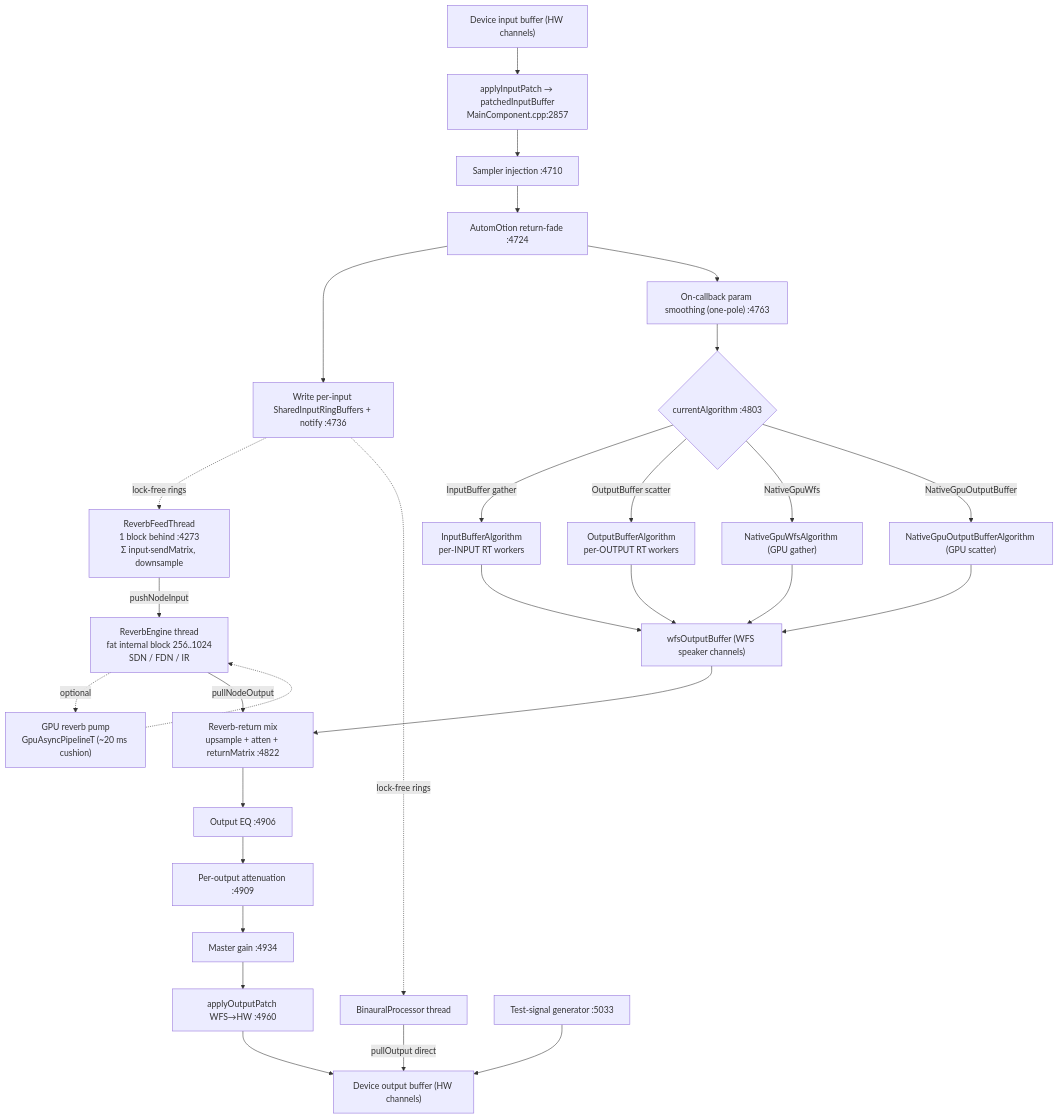
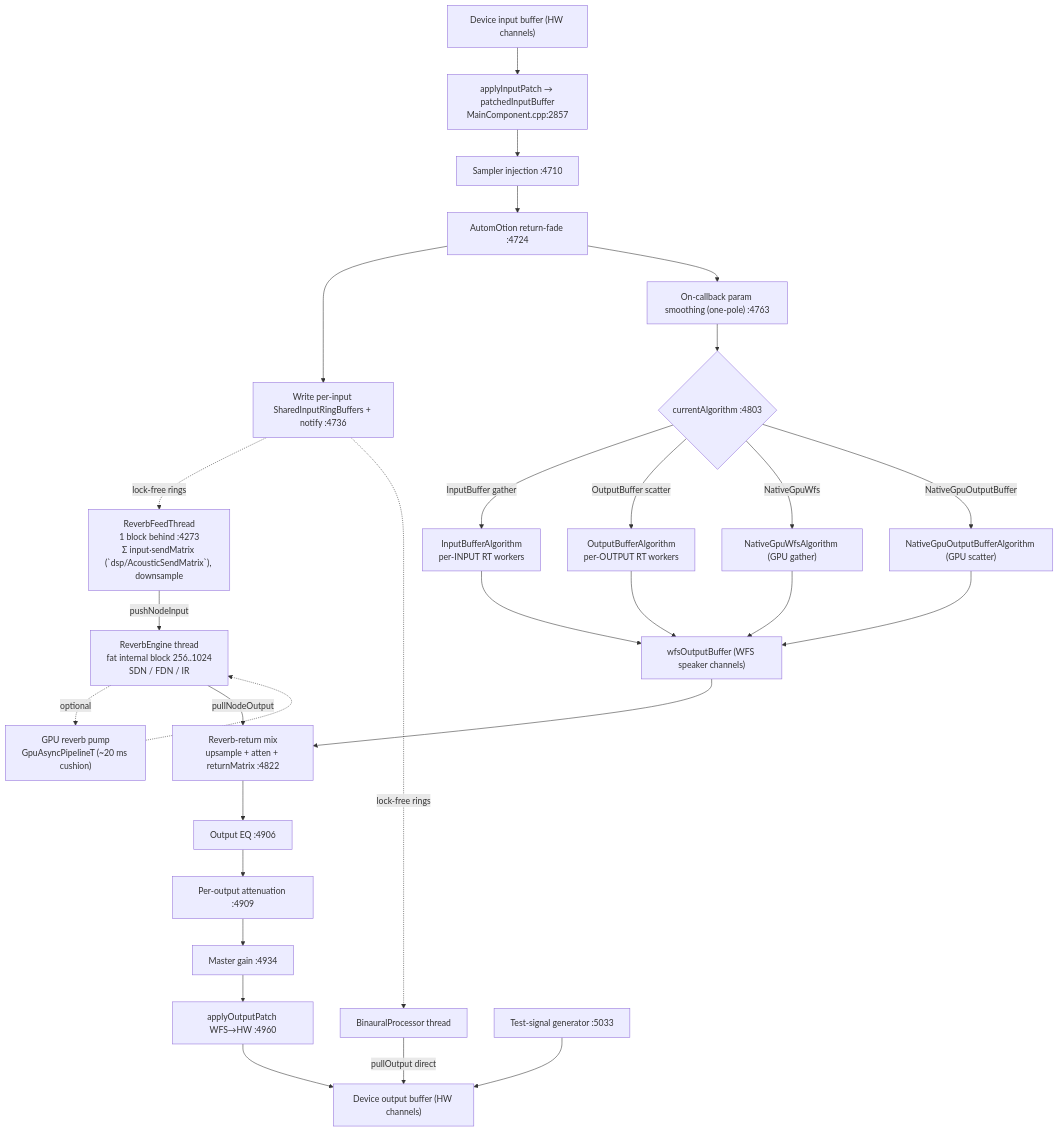
One commit to pob31/spatcore changed the diagram in docs/audio-engine-map.md. Above: the diagram before and after it, drawn with Mermaid. The commit also changed other lines of this file and 6 other files, not shown here.

First line of the commit message:
refactor(dsp): promote the reverb send matrix to dsp/AcousticSendMatrix

````diff
--- a/docs/audio-engine-map.md
+++ b/docs/audio-engine-map.md
@@ -170,37 +170,37 @@
 ```mermaid
 flowchart TD
     HWIN["Device input buffer (HW channels)"] --> PATCH_IN["applyInputPatch → patchedInputBuffer<br/>MainComponent.cpp:2857"]
     PATCH_IN --> SAMP["Sampler injection :4710"]
     SAMP --> AUTO["AutomOtion return-fade :4724"]
     AUTO --> SHW["Write per-input SharedInputRingBuffers + notify :4736"]
     AUTO --> SMOOTH["On-callback param smoothing (one-pole) :4763"]
 
     SMOOTH --> ALG{"currentAlgorithm :4803"}
     ALG -->|InputBuffer gather| IBA["InputBufferAlgorithm<br/>per-INPUT RT workers"]
     ALG -->|OutputBuffer scatter| OBA["OutputBufferAlgorithm<br/>per-OUTPUT RT workers"]
     ALG -->|NativeGpuWfs| GWF["NativeGpuWfsAlgorithm (GPU gather)"]
     ALG -->|NativeGpuOutputBuffer| GOB["NativeGpuOutputBufferAlgorithm (GPU scatter)"]
     IBA --> WOUT["wfsOutputBuffer (WFS speaker channels)"]
     OBA --> WOUT
     GWF --> WOUT
     GOB --> WOUT
 
     %% ---- asynchronous reverb branch ----
-    SHW -. lock-free rings .-> RFT["ReverbFeedThread<br/>1 block behind :4273<br/>Σ input·sendMatrix, downsample"]
+    SHW -. lock-free rings .-> RFT["ReverbFeedThread<br/>1 block behind :4273<br/>Σ input·sendMatrix (`dsp/AcousticSendMatrix`), downsample"]
     RFT -->|pushNodeInput| RENG["ReverbEngine thread<br/>fat internal block 256..1024<br/>SDN / FDN / IR"]
     RENG -.->|optional| GPUMP["GPU reverb pump<br/>GpuAsyncPipelineT (~20 ms cushion)"]
     GPUMP -.-> RENG
     RENG -->|pullNodeOutput| RMIX["Reverb-return mix<br/>upsample + atten + returnMatrix :4822"]
     WOUT --> RMIX
 
     %% ---- async binaural branch ----
     SHW -. lock-free rings .-> BIN["BinauralProcessor thread"]
 
     RMIX --> OEQ["Output EQ :4906"]
     OEQ --> OATT["Per-output attenuation :4909"]
     OATT --> MG["Master gain :4934"]
     MG --> PATCH_OUT["applyOutputPatch WFS→HW :4960"]
     PATCH_OUT --> HWOUT["Device output buffer (HW channels)"]
     BIN -->|pullOutput direct| HWOUT
     TS["Test-signal generator :5033"] --> HWOUT
 ```
````
